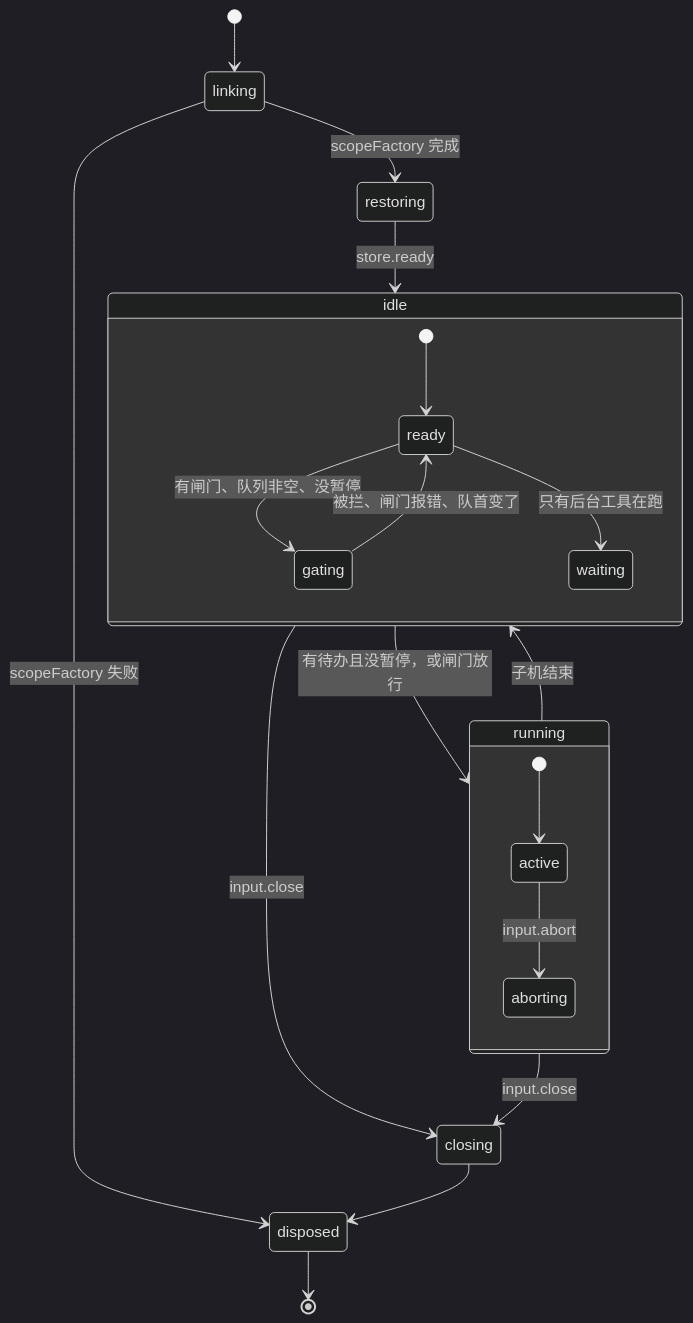
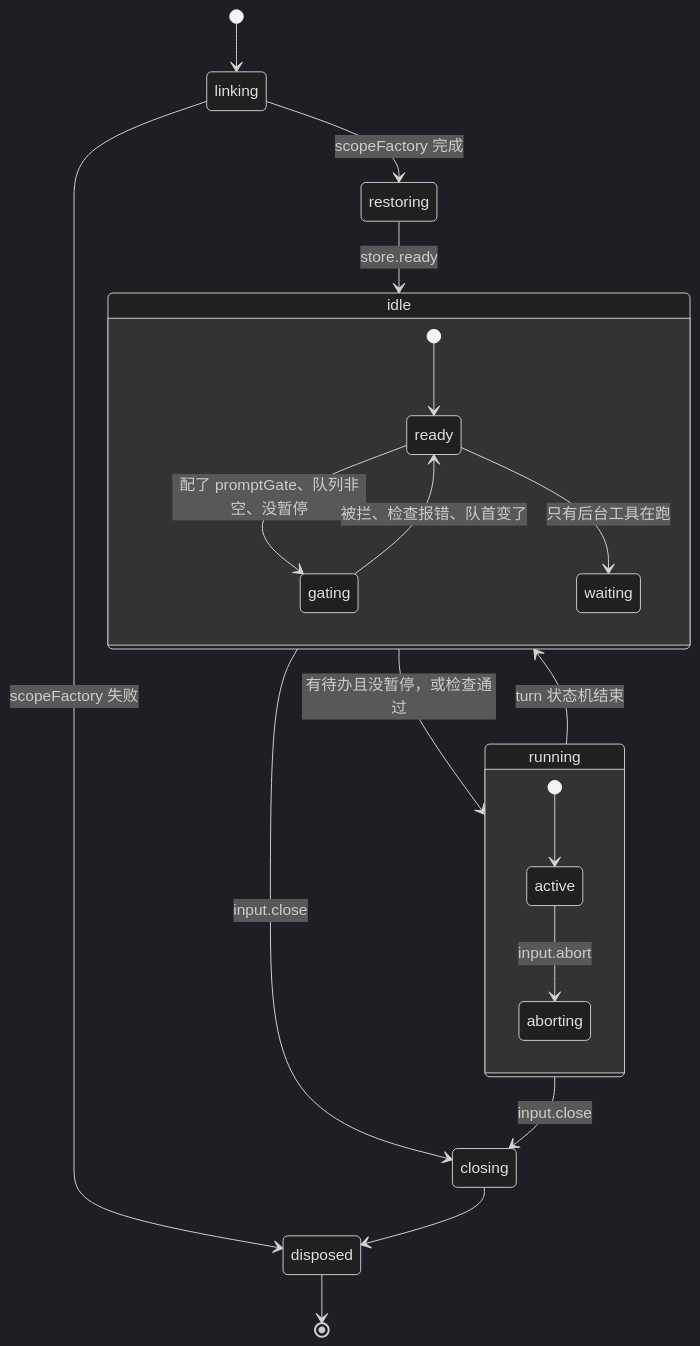
Before and after one commit to nickqiaoo/nickqiaoo.github.io: the third of 10 diagrams in src/content/post/agents-kimi-code/index.md, drawn with Mermaid (dark theme). The commit also changed other lines of this file, not shown here.

````diff
--- a/src/content/post/agents-kimi-code/index.md
+++ b/src/content/post/agents-kimi-code/index.md
@@ -222,23 +222,23 @@
 ```mermaid
 stateDiagram-v2
   [*] --> linking
   linking --> restoring : scopeFactory 完成
   linking --> disposed : scopeFactory 失败
   restoring --> idle : store.ready
   state idle {
     [*] --> ready
-    ready --> gating : 有闸门、队列非空、没暂停
+    ready --> gating : 配了 promptGate、队列非空、没暂停
     ready --> waiting : 只有后台工具在跑
-    gating --> ready : 被拦、闸门报错、队首变了
+    gating --> ready : 被拦、检查报错、队首变了
   }
-  idle --> running : 有待办且没暂停，或闸门放行
+  idle --> running : 有待办且没暂停，或检查通过
   state running {
     [*] --> active
     active --> aborting : input.abort
   }
-  running --> idle : 子机结束
+  running --> idle : turn 状态机结束
   idle --> closing : input.close
   running --> closing : input.close
   closing --> disposed
   disposed --> [*]
 ```
````
